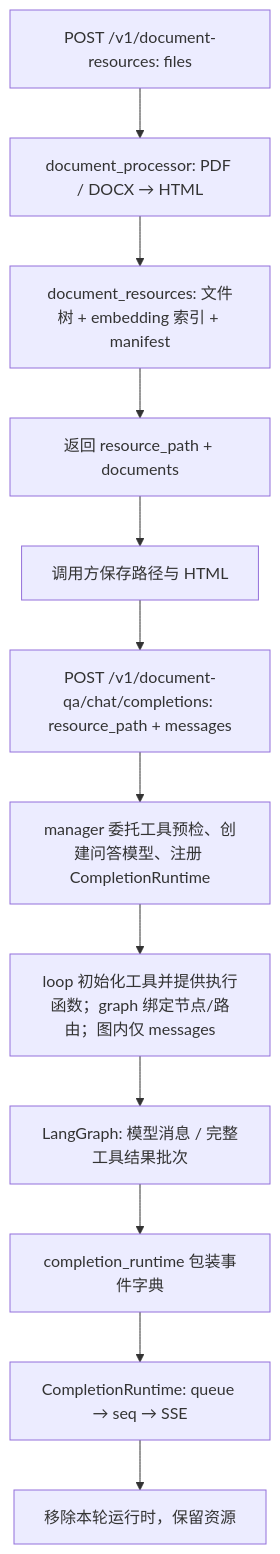
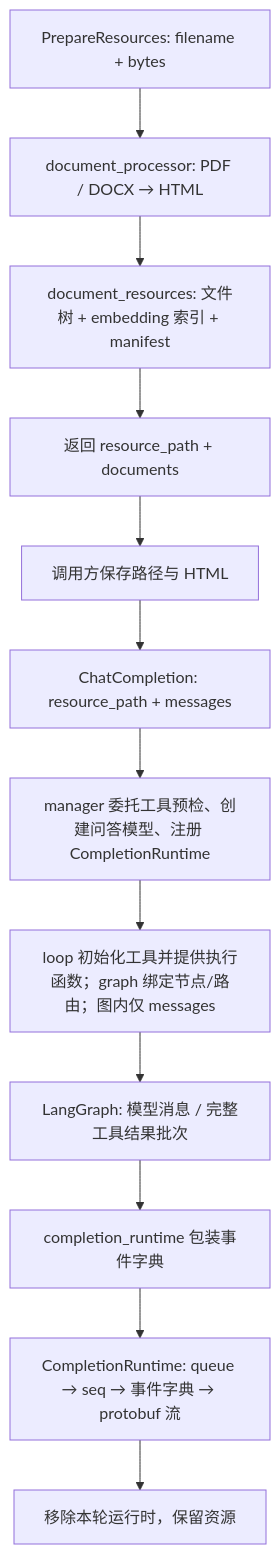
Before and after one commit to ADChahaha/TraceAgent: the first of 2 diagrams in agent/service/file_extraction_agent/docs/flowchart.md, drawn with Mermaid. The commit also changed other lines of this file and 44 other files, not shown here.

````diff
--- a/agent/service/file_extraction_agent/docs/flowchart.md
+++ b/agent/service/file_extraction_agent/docs/flowchart.md
@@ -5,14 +5,14 @@
 ```mermaid
 flowchart TD
-    A["POST /v1/document-resources: files"] --> B["document_processor: PDF / DOCX → HTML"]
+    A["PrepareResources: filename + bytes"] --> B["document_processor: PDF / DOCX → HTML"]
     B --> C["document_resources: 文件树 + embedding 索引 + manifest"]
     C --> D["返回 resource_path + documents"]
     D --> E["调用方保存路径与 HTML"]
-    E --> F["POST /v1/document-qa/chat/completions: resource_path + messages"]
+    E --> F["ChatCompletion: resource_path + messages"]
     F --> G["manager 委托工具预检、创建问答模型、注册 CompletionRuntime"]
     G --> H["loop 初始化工具并提供执行函数；graph 绑定节点/路由；图内仅 messages"]
     H --> I["LangGraph: 模型消息 / 完整工具结果批次"]
     I --> J["completion_runtime 包装事件字典"]
-    J --> K["CompletionRuntime: queue → seq → SSE"]
+    J --> K["CompletionRuntime: queue → seq → 事件字典 → protobuf 流"]
     K --> L["移除本轮运行时，保留资源"]
 ```
````
